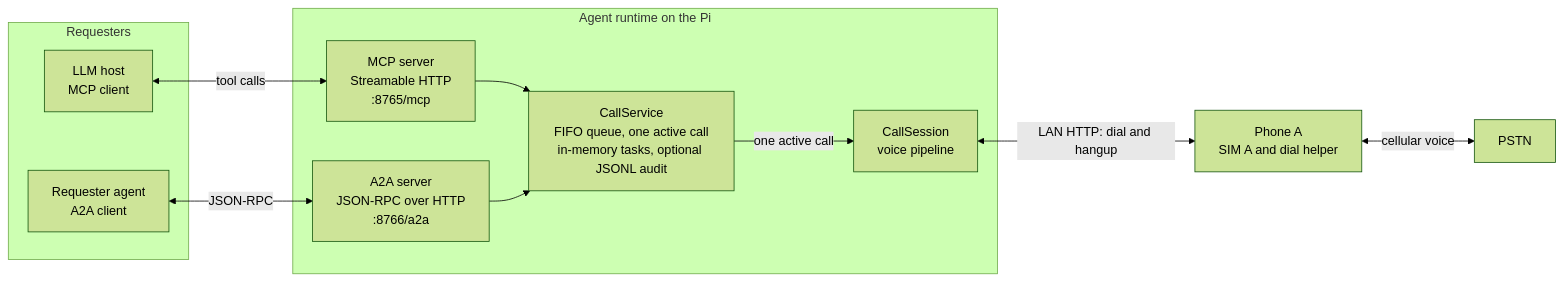
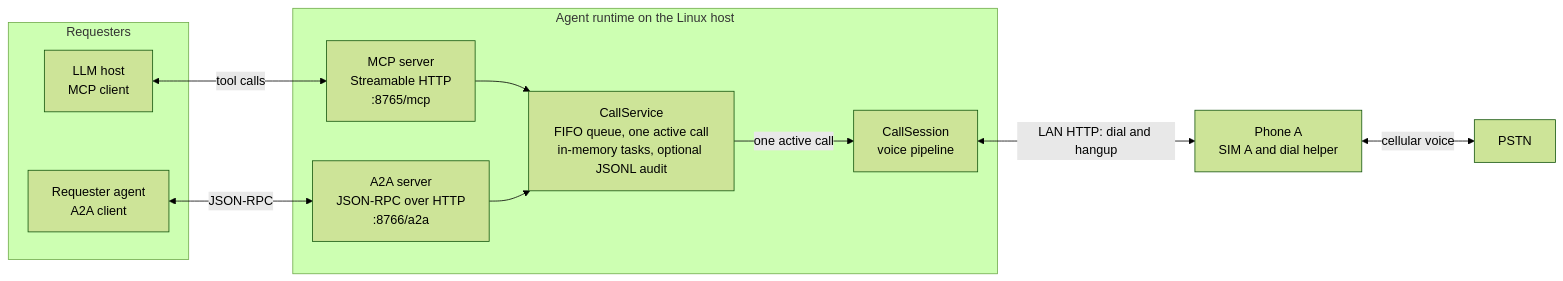
The first of 2 diagrams in docs/interop.md (fahimalizain/android-telephone-agent), drawn with Mermaid (forest theme) before and after one commit. The commit also changed other lines of this file and 44 other files, not shown here.

````diff
--- a/docs/interop.md
+++ b/docs/interop.md
@@ -50,22 +53,22 @@
 ```mermaid
 flowchart LR
   subgraph REQ["Requesters"]
     LLM["LLM host<br/>MCP client"]
     AGT["Requester agent<br/>A2A client"]
   end
-  subgraph RT["Agent runtime on the Pi"]
+  subgraph RT["Agent runtime on the Linux host"]
     MCP["MCP server<br/>Streamable HTTP<br/>:8765/mcp"]
     A2A["A2A server<br/>JSON-RPC over HTTP<br/>:8766/a2a"]
     SVC["CallService<br/>FIFO queue, one active call<br/>in-memory tasks, optional JSONL audit"]
     SES["CallSession<br/>voice pipeline"]
   end
   PA["Phone A<br/>SIM A and dial helper"]
   PSTN["PSTN"]
   LLM <-->|"tool calls"| MCP
   AGT <-->|"JSON-RPC"| A2A
   MCP --> SVC
   A2A --> SVC
   SVC -->|"one active call"| SES
   SES <-->|"LAN HTTP: dial and hangup"| PA
   PA <-->|"cellular voice"| PSTN
 ```
````
